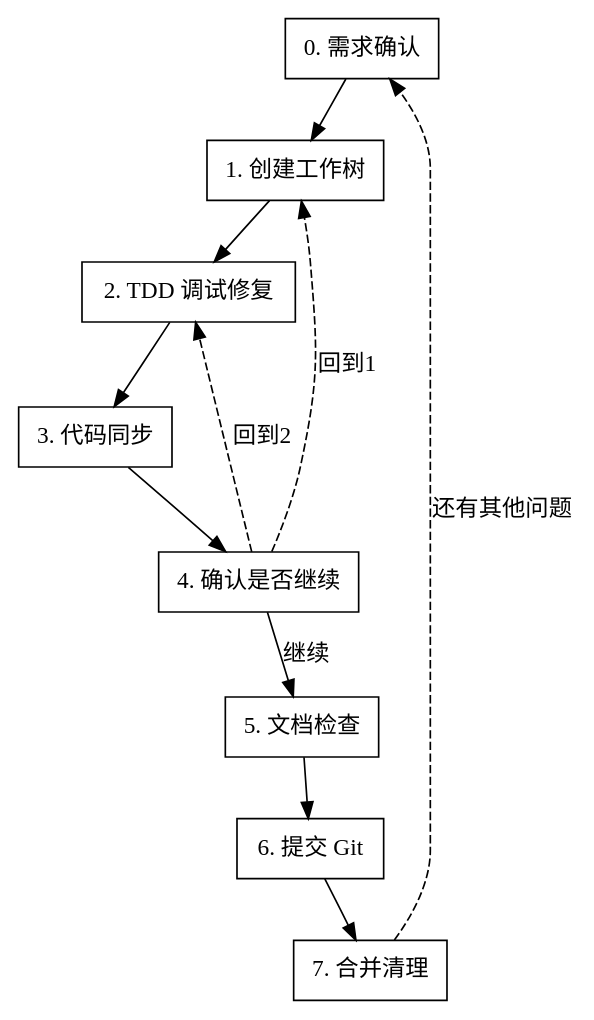
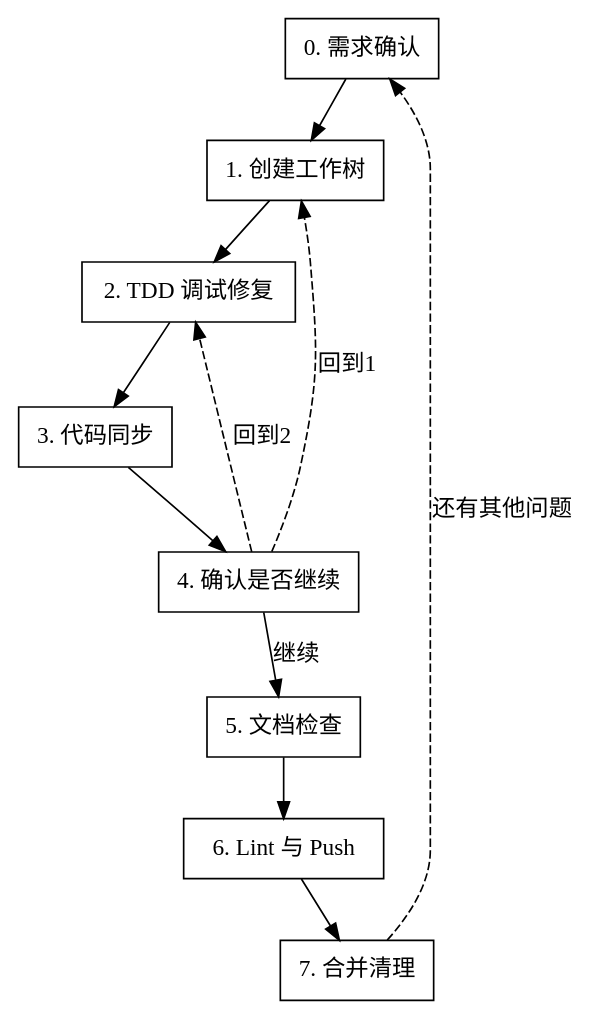
Before and after one commit to marcocpt/trae_skills: the diagram in bug-fix-workflow/SKILL.md, drawn with Graphviz. The commit also changed other lines of this file, not shown here.

````diff
--- a/bug-fix-workflow/SKILL.md
+++ b/bug-fix-workflow/SKILL.md
@@ -22,16 +22,16 @@
 ```dot
 digraph bug_fix_workflow {
     rankdir=TB;
     node [shape=box];
     "0. 需求确认" -> "1. 创建工作树";
     "1. 创建工作树" -> "2. TDD 调试修复";
     "2. TDD 调试修复" -> "3. 代码同步";
     "3. 代码同步" -> "4. 确认是否继续";
     "4. 确认是否继续" -> "5. 文档检查" [label="继续"];
     "4. 确认是否继续" -> "1. 创建工作树" [label="回到1", style=dashed];
     "4. 确认是否继续" -> "2. TDD 调试修复" [label="回到2", style=dashed];
-    "5. 文档检查" -> "6. 提交 Git";
-    "6. 提交 Git" -> "7. 合并清理";
+    "5. 文档检查" -> "6. Lint 与 Push";
+    "6. Lint 与 Push" -> "7. 合并清理";
     "7. 合并清理" -> "0. 需求确认" [label="还有其他问题", style=dashed];
 }
 ```
````
